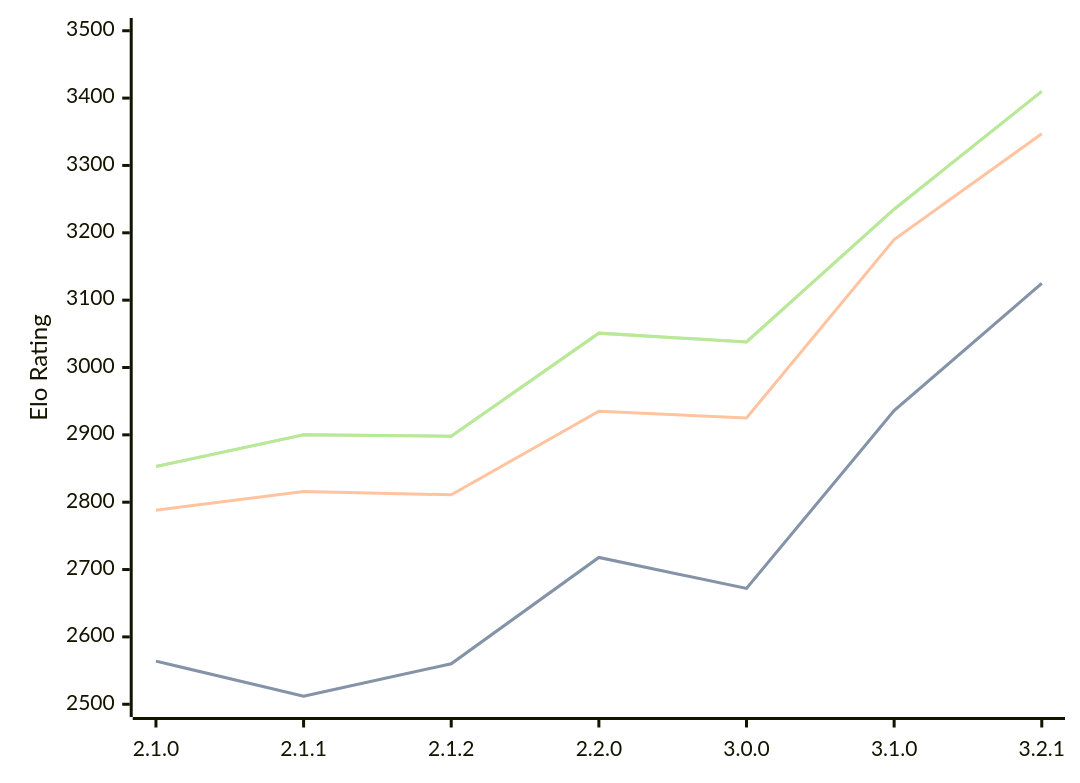
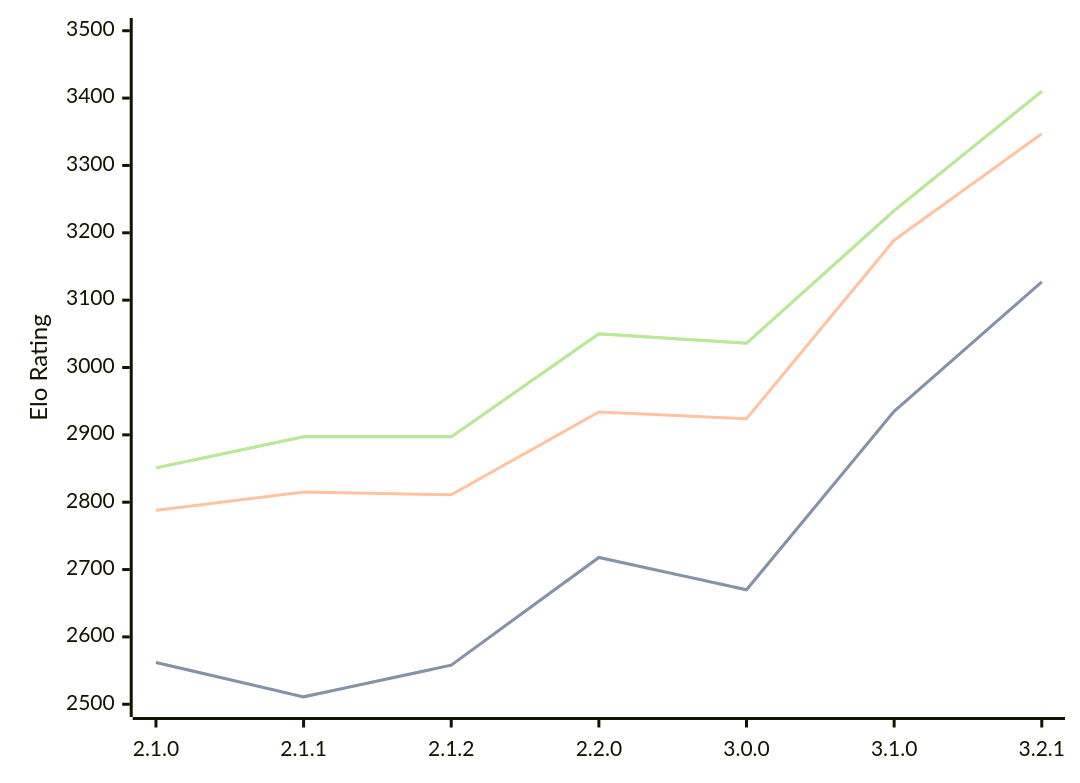
Before and after one commit to computer-chess-index/cci: the diagram in engines/Prune.md, drawn with Mermaid. The commit also changed other lines of this file, not shown here.

Commit message:
Update CCI Ratings (ELO VLTC) - 2026-03-30

````diff
--- a/engines/Prune.md
+++ b/engines/Prune.md
@@ -42,11 +42,11 @@
 ```mermaid
 %%{init: {"theme":"base","themeVariables":{"seriesColors:['#a3a3a3','#222221','#faa371']}}}%%
 xychart-beta
   x-axis ["2.1.0", "2.1.1", "2.1.2", "2.2.0", "3.0.0", "3.1.0", "3.2.1"]
   y-axis "Elo Rating" 2500 --> 3500
-  line "STC (8.0+0.08s)" [2564, 2512, 2560, 2718, 2672, 2936, 3125]
-  line "STC (8.0+0.08s)" [2564, 2512, 2560, 2718, 2672, 2936, 3125]
-  line "LTC (60.0+0.60s)" [2788, 2816, 2811, 2935, 2925, 3190, 3347]
-  line "VLTC (2m24s+1.12s)" [2853, 2900, 2898, 3051, 3038, 3235, 3410]
-  line "VLTC (2m24s+1.12s)" [2853, 2900, 2898, 3051, 3038, 3235, 3410]
+  line "STC (8.0+0.08s)" [2562, 2511, 2558, 2718, 2670, 2935, 3127]
+  line "STC (8.0+0.08s)" [2562, 2511, 2558, 2718, 2670, 2935, 3127]
+  line "LTC (60.0+0.60s)" [2788, 2815, 2811, 2934, 2924, 3189, 3347]
+  line "VLTC (2m24s+1.12s)" [2851, 2897, 2897, 3050, 3036, 3233, 3410]
+  line "VLTC (2m24s+1.12s)" [2851, 2897, 2897, 3050, 3036, 3233, 3410]
 ```
````
